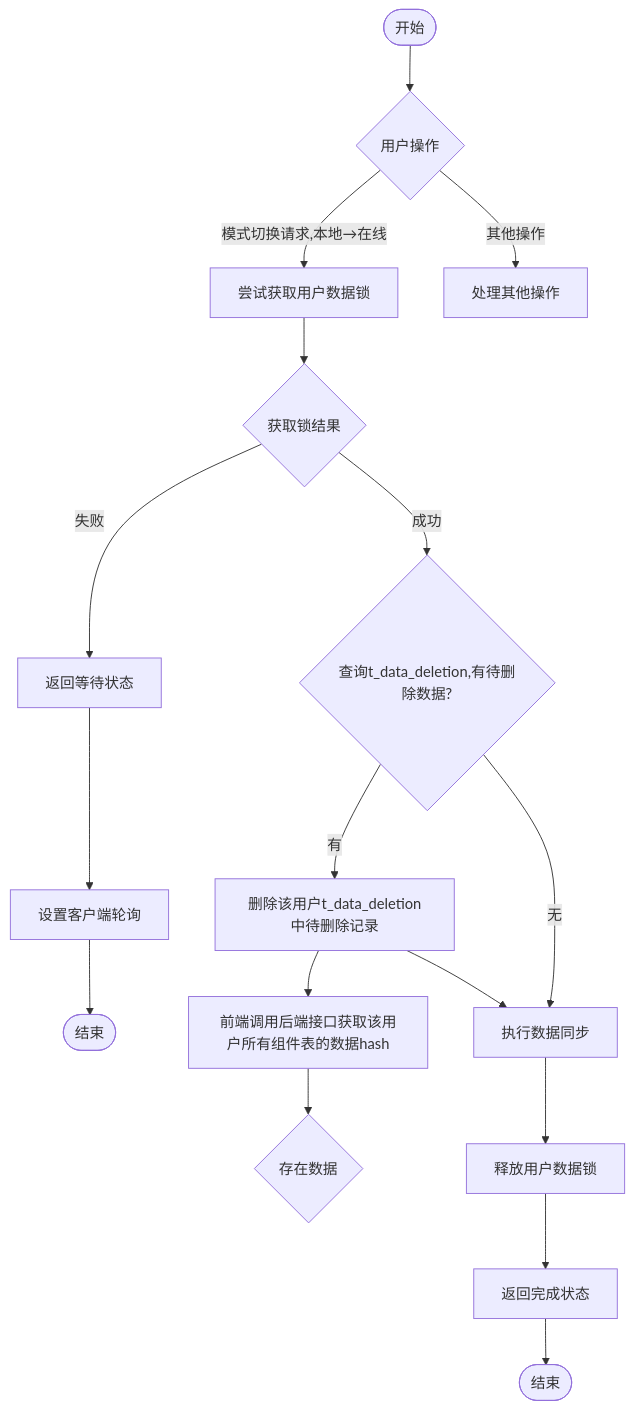
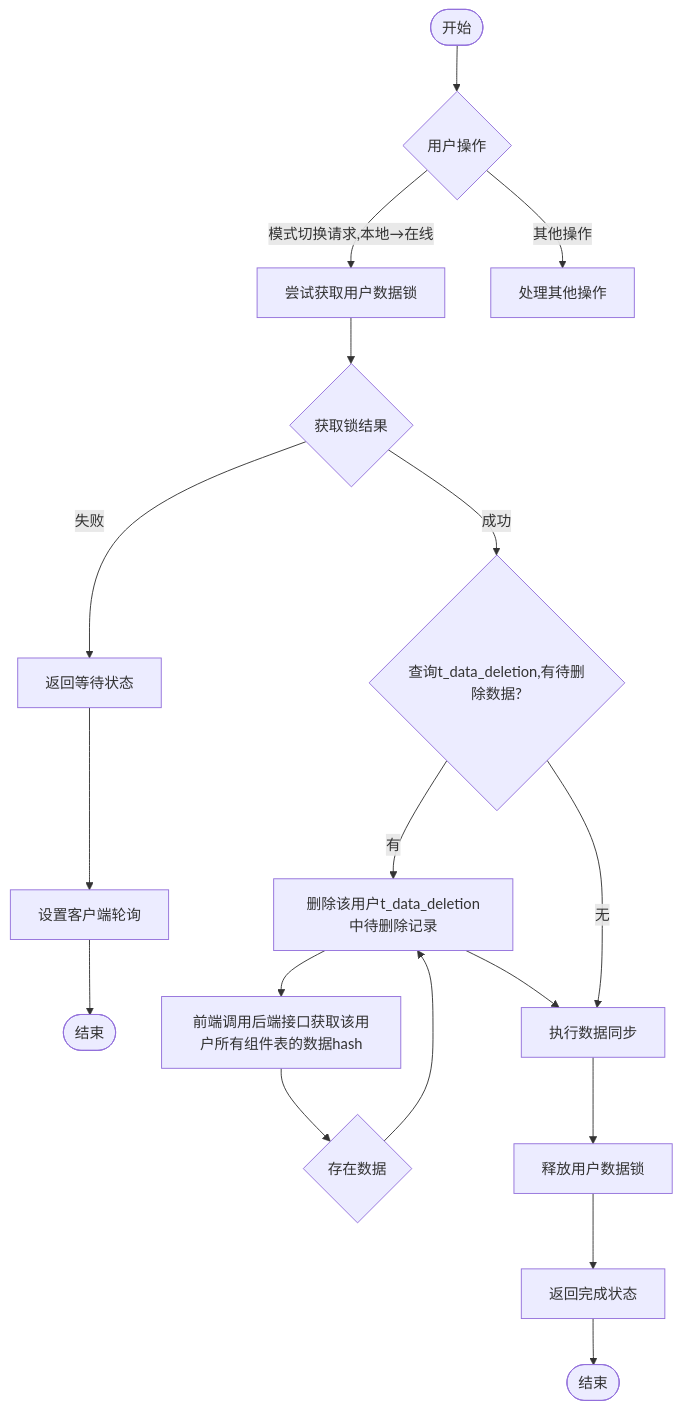
The diagram in all/未命名-57.md (yingjianzh/iodraw-files), drawn with Mermaid before and after one commit.

Commit message:
2025-05-12 11:32:14 update

````diff
--- a/all/未命名-57.md
+++ b/all/未命名-57.md
@@ -1,31 +1,31 @@
 ```mermaid
 
 flowchart TD
     %% 主要分支
     Start([开始]) --> UserAction{用户操作}
     UserAction -->|模式切换请求,本地→在线| TryLock[尝试获取用户数据锁]
     UserAction -->|其他操作| OtherOps[处理其他操作]
 
     %% 模式切换流程
     TryLock --> LockResult{获取锁结果}
     
     LockResult -->|失败| ReturnWaiting[返回等待状态]
     ReturnWaiting --> SetupPolling[设置客户端轮询]
     SetupPolling --> End1([结束])
     
     LockResult -->|成功| CheckPendingDeletion{查询t_data_deletion,有待删除数据?}
     
     CheckPendingDeletion -->|有| RemoveDeletionRecords[删除该用户t_data_deletion中待删除记录]
     RemoveDeletionRecords --> FrontGetComponentTableHash[前端调用后端接口获取该用户所有组件表的数据hash]
     FrontGetComponentTableHash --> ExistData{存在数据}
 
-    
+    ExistData --> 
     RemoveDeletionRecords --> PerformSync[执行数据同步]
     
     CheckPendingDeletion -->|无| PerformSync
     
     PerformSync --> ReleaseSwitchLock[释放用户数据锁]
     ReleaseSwitchLock --> ReturnComplete[返回完成状态]
     ReturnComplete --> End2([结束])
 
 ```
````
